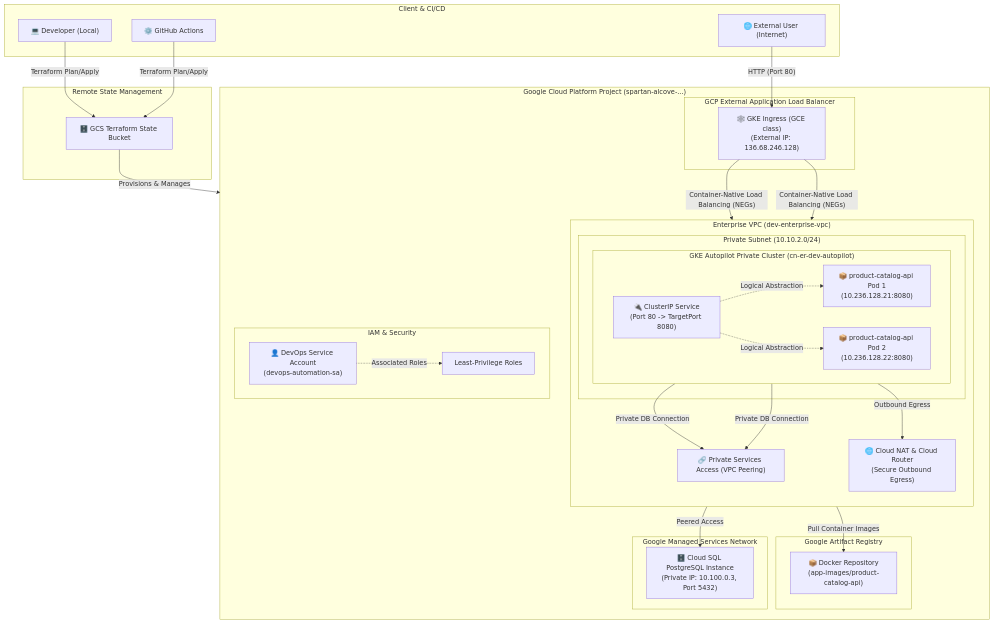
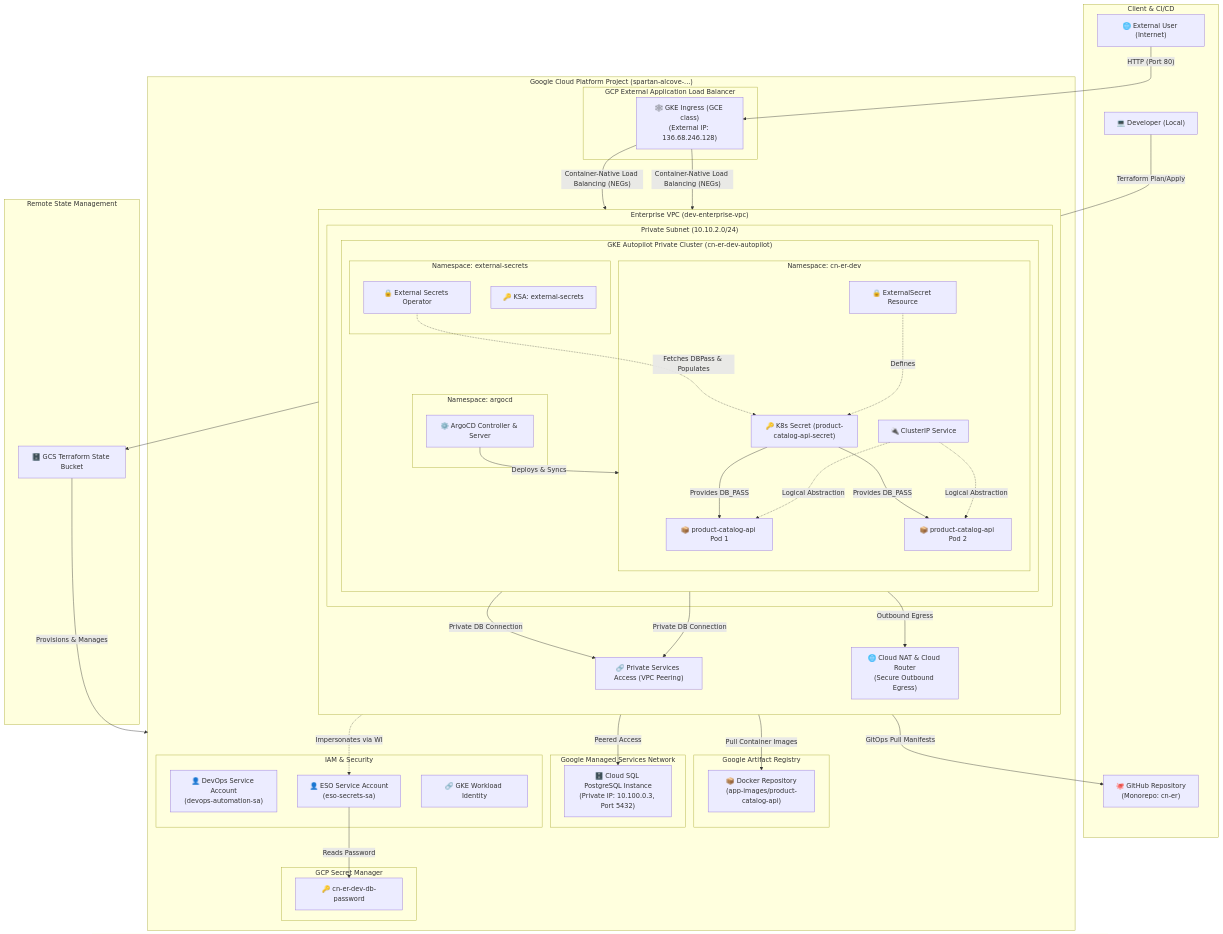
The diagram in README.md (edebu/cloud-native-enterprise-roadmap), drawn with Mermaid before and after one commit. The commit also changed other lines of this file and 2 other files, not shown here.

Commit message:
docs: update architecture diagrams, roadmap tables, and add ADR 008 for Phase 3 GitOps

````diff
--- a/README.md
+++ b/README.md
@@ -13,7 +13,7 @@
     subgraph Client ["Client & CI/CD"]
         User["🌐 External User (Internet)"]
         Local["💻 Developer (Local)"]
-        GHA["⚙️ GitHub Actions"]
+        GitRepo["🐙 GitHub Repository<br>(Monorepo: cn-er)"]
     end
 
     subgraph GCP ["Google Cloud Platform Project (spartan-alcove-...)"]
@@ -27,10 +27,24 @@
             
             subgraph PrivateSubnet ["Private Subnet (10.10.2.0/24)"]
                 subgraph GKE ["GKE Autopilot Private Cluster (cn-er-dev-autopilot)"]
-                    direction LR
-                    Pod1["📦 product-catalog-api Pod 1<br>(10.236.128.21:8080)"]
-                    Pod2["📦 product-catalog-api Pod 2<br>(10.236.128.22:8080)"]
-                    Service["🔌 ClusterIP Service<br>(Port 80 -> TargetPort 8080)"]
+                    direction TB
+                    
+                    subgraph NS_Argo ["Namespace: argocd"]
+                        ArgoCD["⚙️ ArgoCD Controller & Server"]
+                    end
+
+                    subgraph NS_ESO ["Namespace: external-secrets"]
+                        ESO["🔒 External Secrets Operator"]
+                        KSA_ESO["🔑 KSA: external-secrets"]
+                    end
+
+                    subgraph NS_App ["Namespace: cn-er-dev"]
+                        Pod1["📦 product-catalog-api Pod 1"]
+                        Pod2["📦 product-catalog-api Pod 2"]
+                        Service["🔌 ClusterIP Service"]
+                        ExtSec["🔒 ExternalSecret Resource"]
+                        Secret["🔑 K8s Secret (product-catalog-api-secret)"]
+                    end
                 end
             end
 
@@ -42,13 +56,18 @@
             Registry["📦 Docker Repository<br>(app-images/product-catalog-api)"]
         end
 
+        subgraph SecretManager ["GCP Secret Manager"]
+            DBPass["🔑 cn-er-dev-db-password"]
+        end
+
         subgraph ManagedServices ["Google Managed Services Network"]
             CloudSQL["🗄️ Cloud SQL PostgreSQL Instance<br>(Private IP: 10.100.0.3, Port 5432)"]
         end
 
         subgraph IAM ["IAM & Security"]
-            SA["👤 DevOps Service Account<br>(devops-automation-sa)"]
-            Roles["Least-Privilege Roles"]
+            GSA_DevOps["👤 DevOps Service Account<br>(devops-automation-sa)"]
+            GSA_ESO["👤 ESO Service Account<br>(eso-secrets-sa)"]
+            WI["🔗 GKE Workload Identity"]
         end
     end
 
@@ -66,11 +85,20 @@
     Pod2 -->|"Private DB Connection"| VPC_PEER
     VPC_PEER -->|"Peered Access"| CloudSQL
     
+    ArgoCD -->|"GitOps Pull Manifests"| GitRepo
+    ArgoCD -->|"Deploys & Syncs"| NS_App
+    
+    ExtSec -.->|"Defines"| Secret
+    Secret -->|"Provides DB_PASS"| Pod1
+    Secret -->|"Provides DB_PASS"| Pod2
+    
+    KSA_ESO -.->|"Impersonates via WI"| GSA_ESO
+    GSA_ESO -->|"Reads Password"| DBPass
+    ESO -.->|"Fetches DBPass & Populates"| Secret
+    
     GKE -->|"Pull Container Images"| Registry
     GKE -->|"Outbound Egress"| NAT
-
+    
     Local -->|"Terraform Plan/Apply"| GCS
-    GHA -->|"Terraform Plan/Apply"| GCS
     GCS -->|"Provisions & Manages"| GCP
-    SA -.->|"Associated Roles"| Roles
 ```
````
